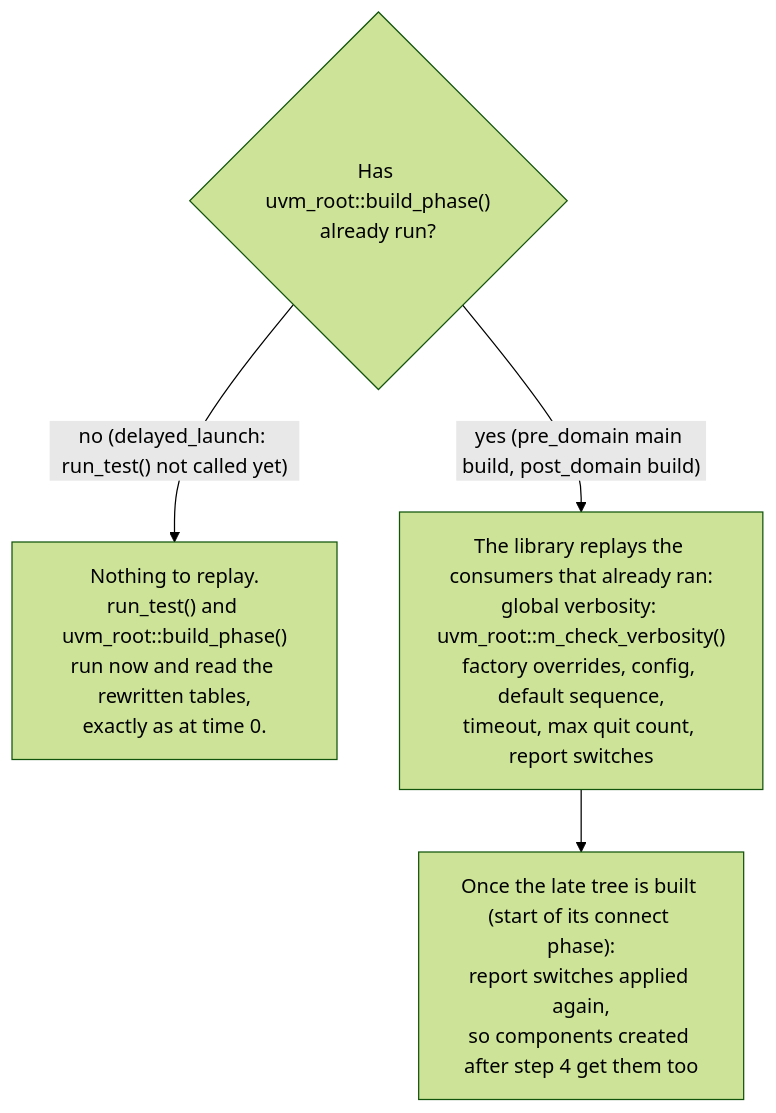
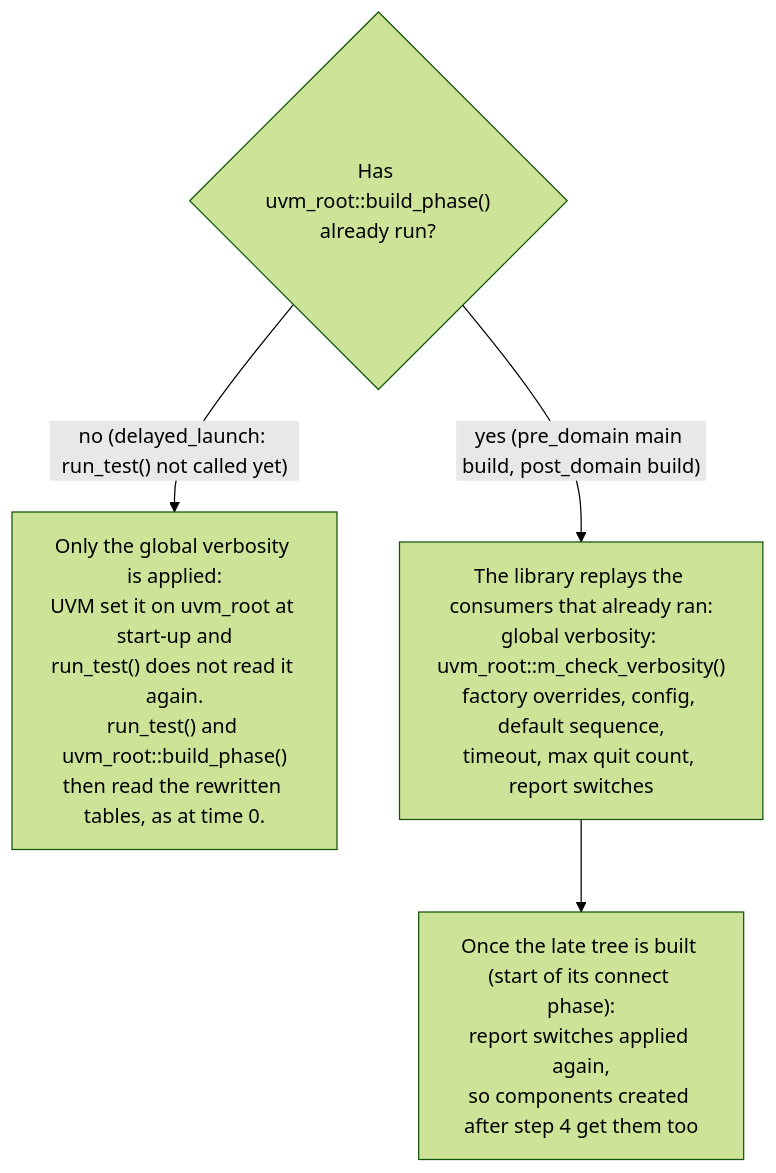
One commit to nmoradiya1991/nv_sim_restore changed the fourth of 4 diagrams in doc/cmdline_reprocessing.md. Above: the diagram before and after it, drawn with Mermaid (forest theme). The commit also changed other lines of this file and 4 other files, not shown here.

````diff
--- a/doc/cmdline_reprocessing.md
+++ b/doc/cmdline_reprocessing.md
@@ -96,7 +96,7 @@
 ```mermaid
 flowchart TD
     Q{"Has uvm_root::build_phase()<br/>already run?"}
-    Q -- "no (delayed_launch: run_test() not called yet)" --> U["Nothing to replay.<br/>run_test() and uvm_root::build_phase()<br/>run now and read the rewritten tables,<br/>exactly as at time 0."]
+    Q -- "no (delayed_launch: run_test() not called yet)" --> U["Only the global verbosity is applied:<br/>UVM set it on uvm_root at start-up and<br/>run_test() does not read it again.<br/>run_test() and uvm_root::build_phase()<br/>then read the rewritten tables, as at time 0."]
     Q -- "yes (pre_domain main build, post_domain build)" --> L["The library replays the consumers that already ran:<br/>global verbosity: uvm_root::m_check_verbosity()<br/>factory overrides, config, default sequence,<br/>timeout, max quit count, report switches"]
     L --> P["Once the late tree is built (start of its connect phase):<br/>report switches applied again,<br/>so components created after step 4 get them too"]
 ```
````
